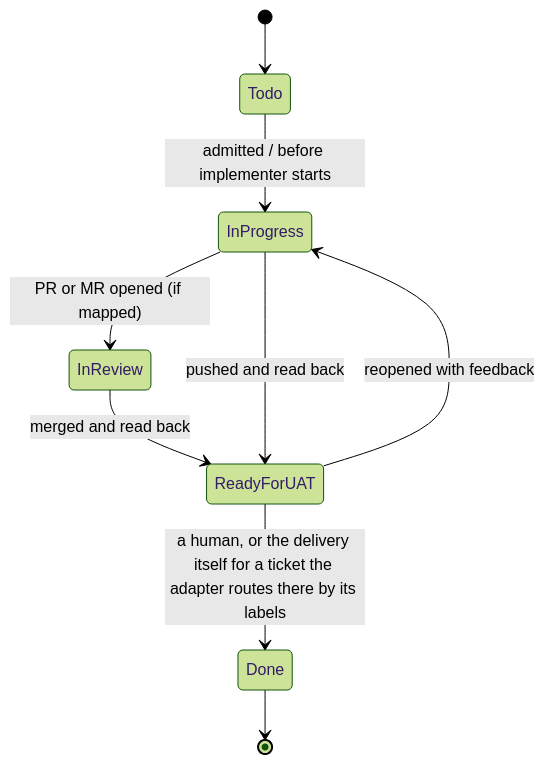
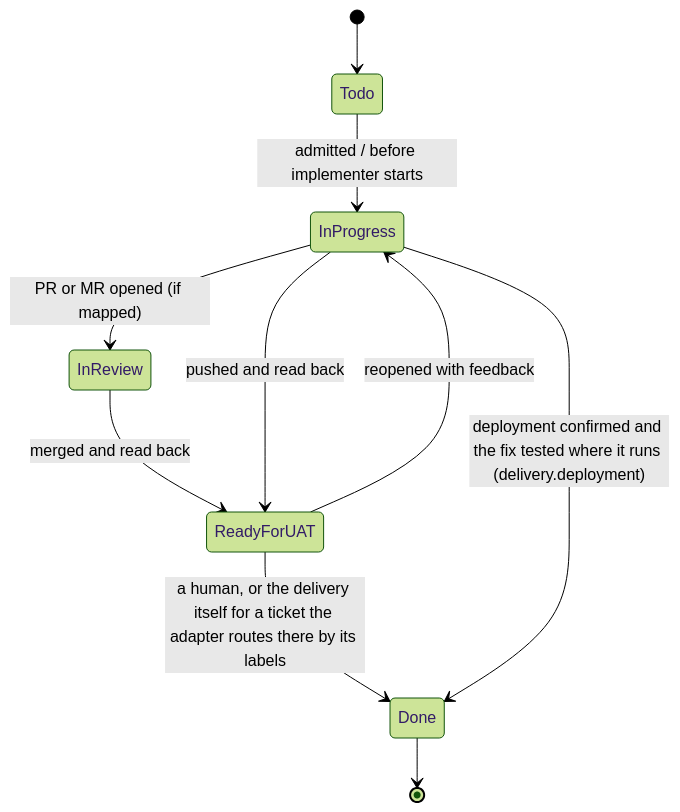
The diagram in docs/delivery-and-tracker.md (o-m-a-r-k/agentic-workflow), drawn with Mermaid (forest theme) before and after one commit. The commit also changed other lines of this file and 23 other files, not shown here.

````diff
--- a/docs/delivery-and-tracker.md
+++ b/docs/delivery-and-tracker.md
@@ -5,11 +5,12 @@
 ```mermaid
 stateDiagram-v2
   [*] --> Todo
   Todo --> InProgress: admitted / before implementer starts
   InProgress --> InReview: PR or MR opened (if mapped)
   InReview --> ReadyForUAT: merged and read back
   InProgress --> ReadyForUAT: pushed and read back
   ReadyForUAT --> InProgress: reopened with feedback
   ReadyForUAT --> Done: a human, or the delivery itself for a ticket the adapter routes there by its labels
+  InProgress --> Done: deployment confirmed and the fix tested where it runs (delivery.deployment)
   Done --> [*]
 ```
````
